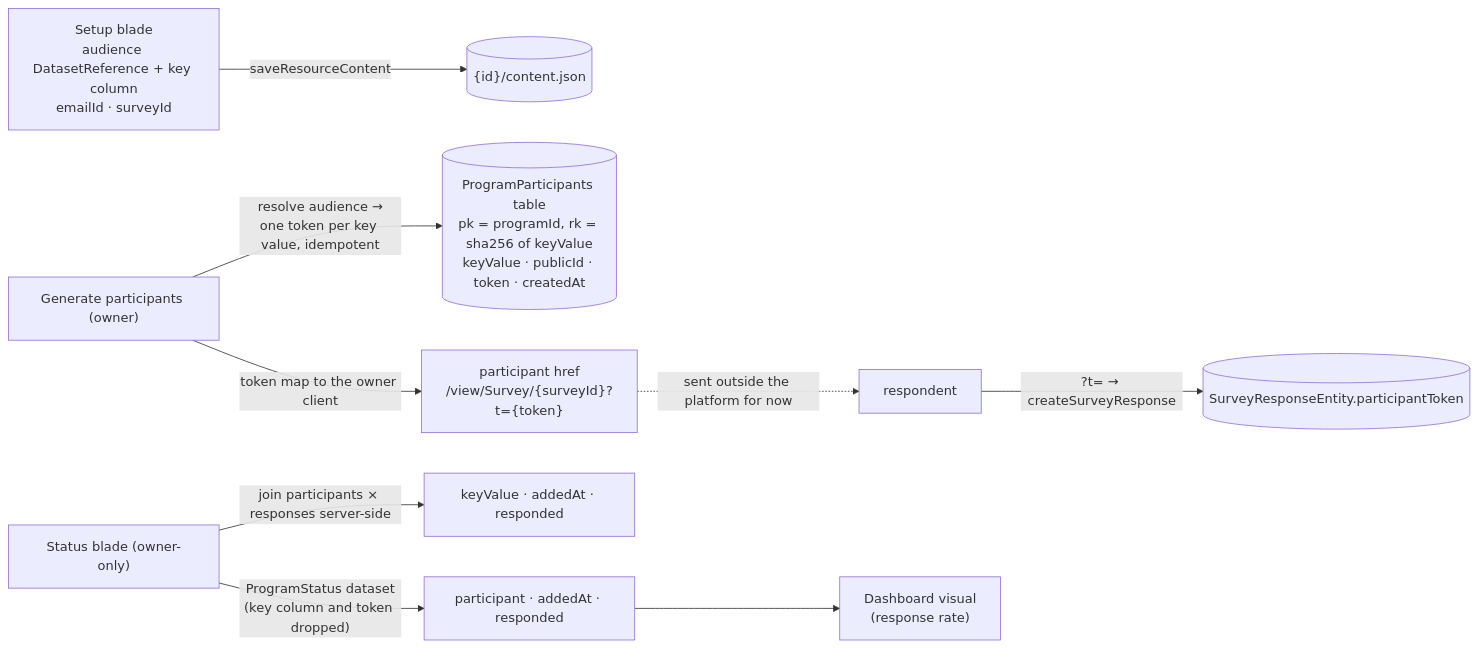
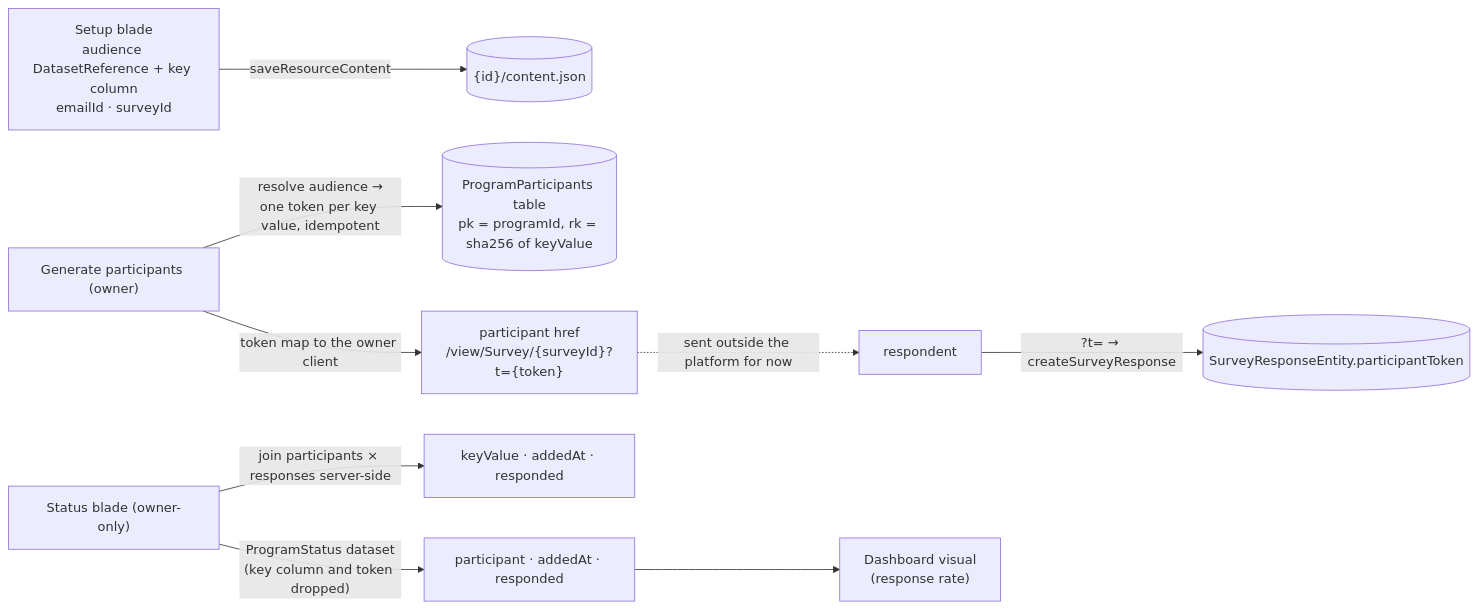
The diagram in packages/app/content/docs/platform/program-resource.md (Esposter/Esposter), drawn with Mermaid before and after one commit. The commit also changed 8 other files, not shown here.

First line of the commit message:
docs(diagrams): sweep platform/, and widen the reference-product rule

````diff
--- a/packages/app/content/docs/platform/program-resource.md
+++ b/packages/app/content/docs/platform/program-resource.md
@@ -14,11 +14,11 @@
 ```mermaid
 flowchart LR
   SETUP["Setup blade<br/>audience DatasetReference + key column<br/>emailId · surveyId"] -->|saveResourceContent| BLOB[("{id}/content.json")]
-  GEN["Generate participants (owner)"] -->|"resolve audience →<br/>one token per key value, idempotent"| INV[("ProgramParticipants table<br/>pk = programId, rk = sha256 of keyValue<br/>keyValue · publicId · token · createdAt")]
+  GEN["Generate participants (owner)"] -->|"resolve audience →<br/>one token per key value, idempotent"| INV[("ProgramParticipants table<br/>pk = programId, rk = sha256 of keyValue")]
   GEN -->|"token map to the owner client"| EXPORT["participant href<br/>/view/Survey/{surveyId}?t={token}"]
   EXPORT -.->|"sent outside the platform for now"| RESP["respondent"]
   RESP -->|"?t= → createSurveyResponse"| SR[("SurveyResponseEntity.participantToken")]
   STATUS["Status blade (owner-only)"] -->|"join participants × responses server-side"| FUNNEL["keyValue · addedAt · responded"]
   STATUS -->|"ProgramStatus dataset<br/>(key column and token dropped)"| PUBSAFE["participant · addedAt · responded"]
   PUBSAFE --> DASH["Dashboard visual<br/>(response rate)"]
 ```
````
